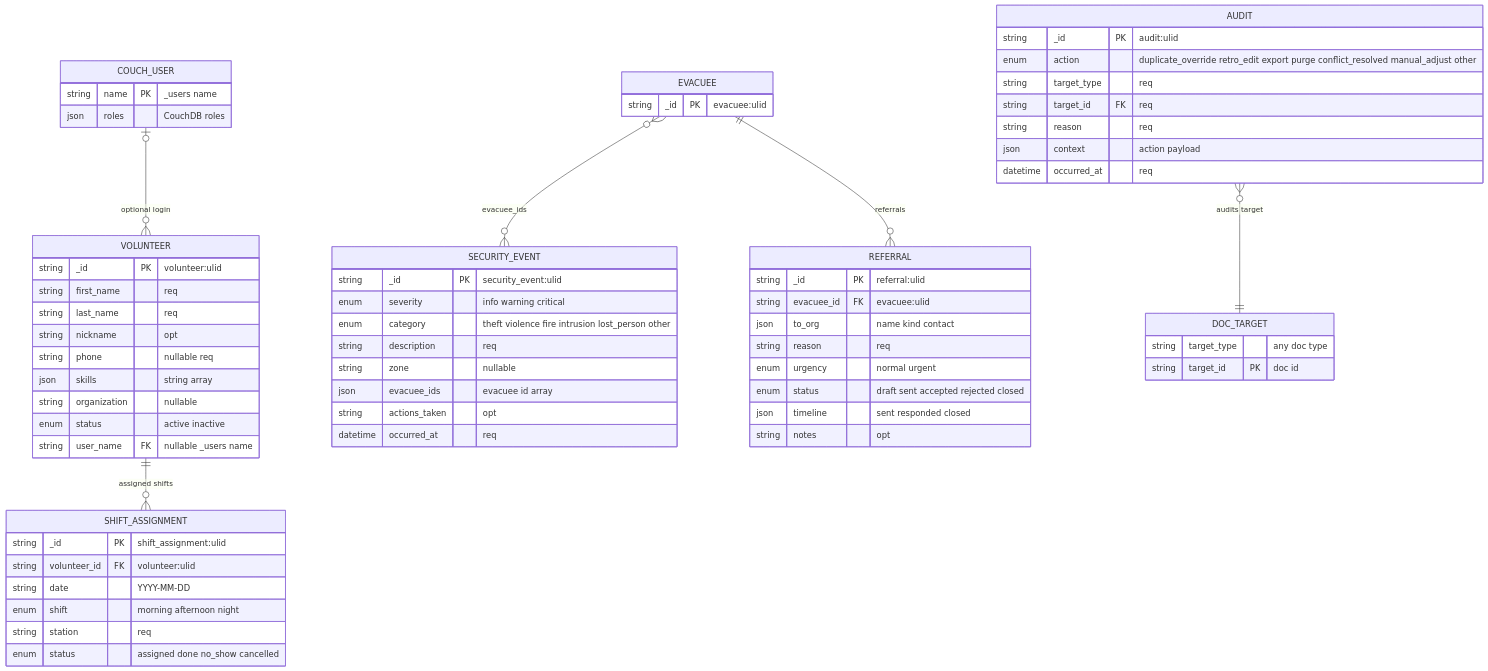
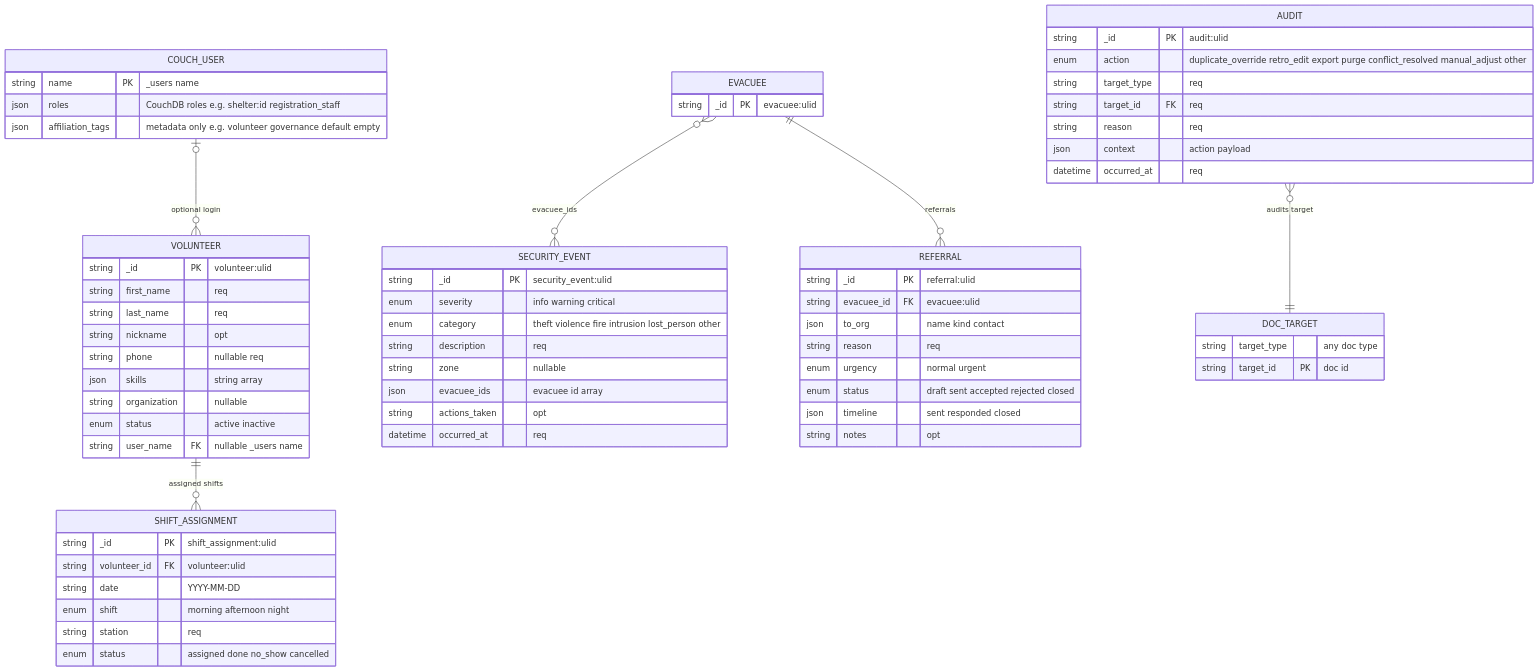
One commit to r202-coe-psu/tent changed the fifth of 7 diagrams in docs/data/schema-er-diagram.md. Above: the diagram before and after it, drawn with Mermaid. The commit also changed other lines of this file and 12 other files, not shown here.

````diff
--- a/docs/data/schema-er-diagram.md
+++ b/docs/data/schema-er-diagram.md
@@ -323,75 +323,76 @@
 ```mermaid
 erDiagram
     COUCH_USER {
         string name PK "_users name"
-        json roles "CouchDB roles"
+        json roles "CouchDB roles e.g. shelter:id registration_staff"
+        json affiliation_tags "metadata only e.g. volunteer governance default empty"
     }
 
     VOLUNTEER {
         string _id PK "volunteer:ulid"
         string first_name "req"
         string last_name "req"
         string nickname "opt"
         string phone "nullable req"
         json skills "string array"
         string organization "nullable"
         enum status "active inactive"
         string user_name FK "nullable _users name"
     }
 
     SHIFT_ASSIGNMENT {
         string _id PK "shift_assignment:ulid"
         string volunteer_id FK "volunteer:ulid"
         string date "YYYY-MM-DD"
         enum shift "morning afternoon night"
         string station "req"
         enum status "assigned done no_show cancelled"
     }
 
     SECURITY_EVENT {
         string _id PK "security_event:ulid"
         enum severity "info warning critical"
         enum category "theft violence fire intrusion lost_person other"
         string description "req"
         string zone "nullable"
         json evacuee_ids "evacuee id array"
         string actions_taken "opt"
         datetime occurred_at "req"
     }
 
     REFERRAL {
         string _id PK "referral:ulid"
         string evacuee_id FK "evacuee:ulid"
         json to_org "name kind contact"
         string reason "req"
         enum urgency "normal urgent"
         enum status "draft sent accepted rejected closed"
         json timeline "sent responded closed"
         string notes "opt"
     }
 
     AUDIT {
         string _id PK "audit:ulid"
         enum action "duplicate_override retro_edit export purge conflict_resolved manual_adjust other"
         string target_type "req"
         string target_id FK "req"
         string reason "req"
         json context "action payload"
         datetime occurred_at "req"
     }
 
     EVACUEE {
         string _id PK "evacuee:ulid"
     }
 
     DOC_TARGET {
         string target_type "any doc type"
         string target_id PK "doc id"
     }
 
     COUCH_USER |o--o{ VOLUNTEER : "optional login"
     VOLUNTEER ||--o{ SHIFT_ASSIGNMENT : "assigned shifts"
     EVACUEE }o--o{ SECURITY_EVENT : "evacuee_ids"
     EVACUEE ||--o{ REFERRAL : "referrals"
     AUDIT }o--|| DOC_TARGET : "audits target"
 ```
````
